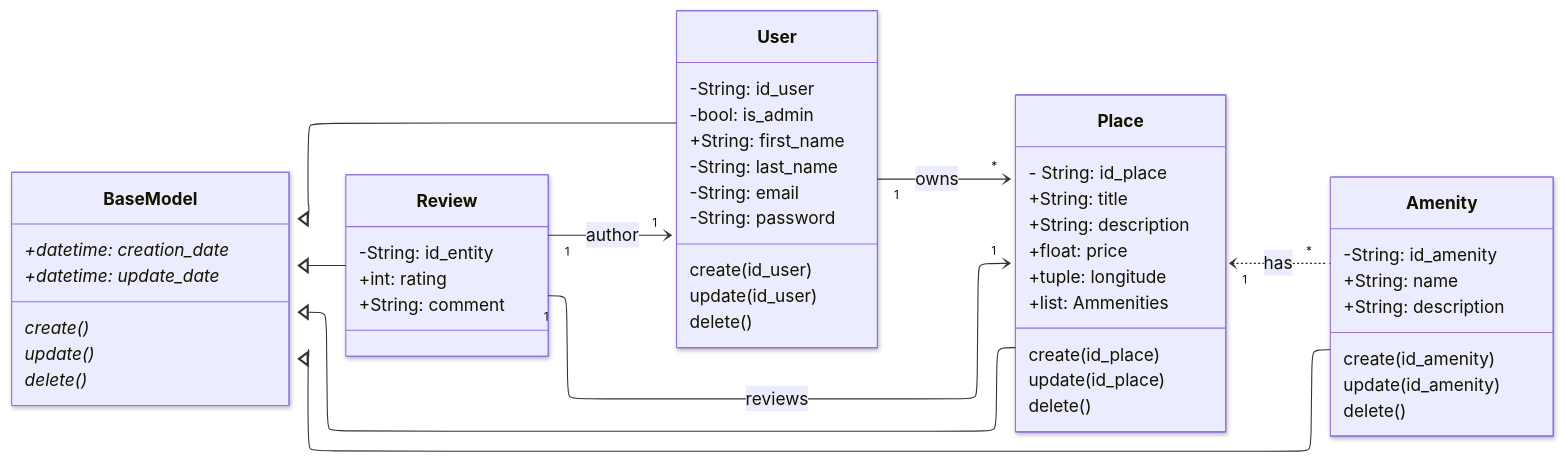
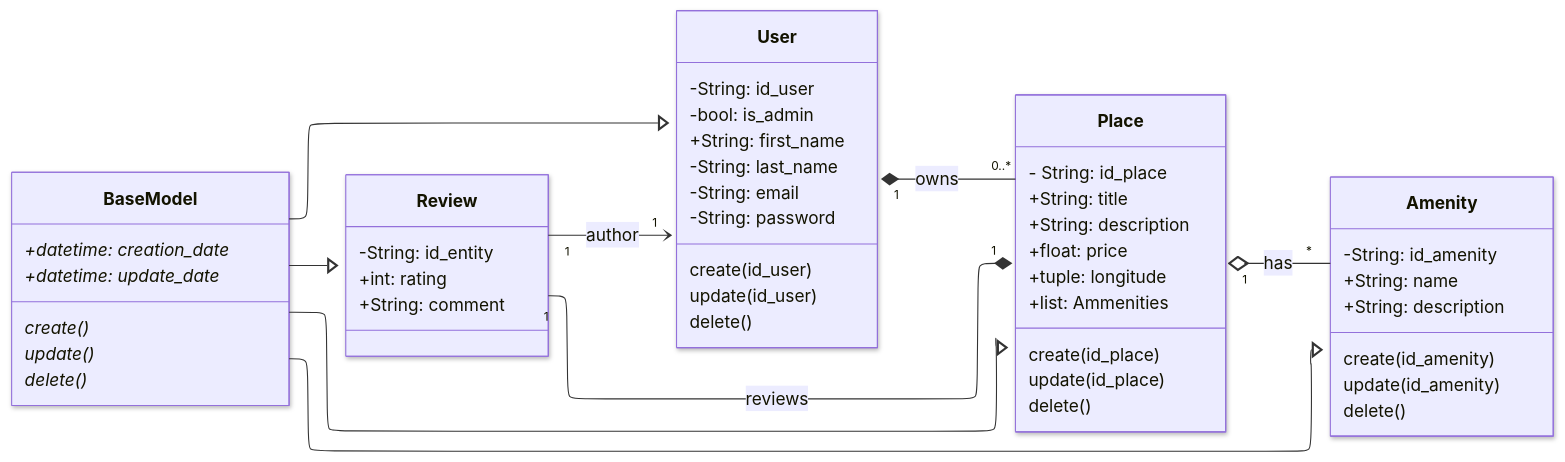
The diagram in part1/class_diagram.mmd (glovek08/holbertonschool-hbnb), drawn with Mermaid before and after one commit. The commit also changed 1 other file, not shown here.

Commit message:
fix: line symbol direction for user-place relation

```diff
--- a/part1/class_diagram.mmd
+++ b/part1/class_diagram.mmd
@@ -1,59 +1,59 @@
 ---
 config:
   layout: elk
   look: neo
   theme: default
 ---
 classDiagram
 direction LR
     class Place {
 	    - String: id_place
 	    +String: title
 	    +String: description
 	    +float: price
 	    +tuple: longitude
 	    +list: Ammenities
 	    create(id_place)
 	    update(id_place)
 	    delete()
     }
     class Amenity {
 	    -String: id_amenity
 	    +String: name
 	    +String: description
 	    create(id_amenity)
 	    update(id_amenity)
-		delete()
+	    delete()
     }
     class User {
 	    -String: id_user
 	    -bool: is_admin
 	    +String: first_name
 	    -String: last_name
 	    -String: email
 	    -String: password
 	    create(id_user)
 	    update(id_user)
 	    delete()
     }
     class Review {
 	    -String: id_entity
 	    +int: rating
 	    +String: comment
     }
-	class BaseModel {
-		+datetime: creation_date*
-		+datetime: update_date*
-		create()*
-		update()*
-		delete()*
-	}
+    class BaseModel {
+	    +datetime: creation_date*
+	    +datetime: update_date*
+	    create()*
+	    update()*
+	    delete()*
+    }
 
     Review "1" --> "1" User : author
-    Review "1" --> "1" Place : reviews
-    Place "1" <.. "*" Amenity : has
-    User "1" --> "*" Place : owns
-	BaseModel  <|--  User
-	BaseModel  <|--  Place
-	BaseModel  <|--  Amenity
-	BaseModel  <|--  Review
+    Review "1" --* "1" Place : reviews
+    Place "1" o-- "*" Amenity : has
+    User "1" *-- "0..*" Place : owns
+    BaseModel --|> User
+    BaseModel --|> Place
+    BaseModel --|> Amenity
+    BaseModel --|> Review
```
